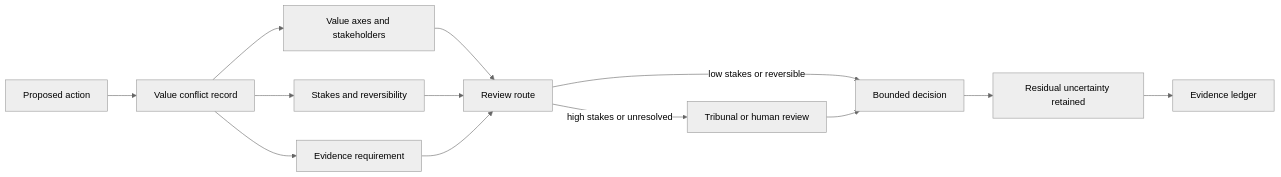
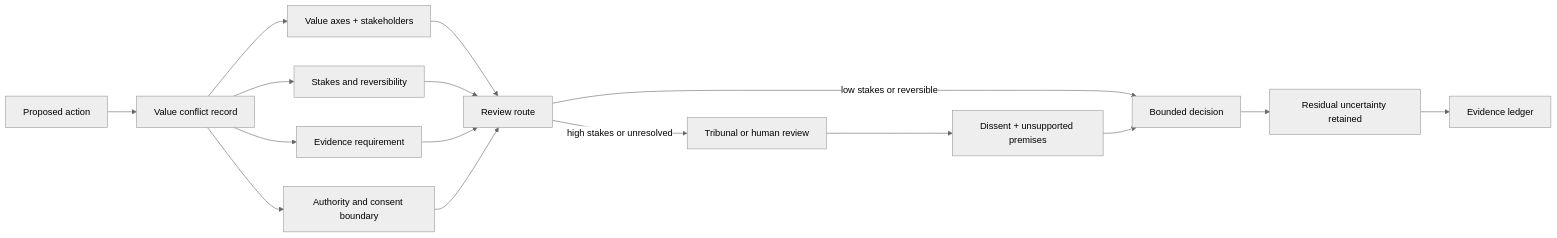
Before and after one commit to corbensorenson/asi-stack-book: the diagram in chapters/moral-uncertainty-and-value-conflict.qmd, drawn with Mermaid (neutral theme). The commit also changed other lines of this file and 6 other files, not shown here.

````diff
--- a/chapters/moral-uncertainty-and-value-conflict.qmd
+++ b/chapters/moral-uncertainty-and-value-conflict.qmd
@@ -92,15 +92,18 @@
 ```{mermaid}
 flowchart LR
   Action["Proposed action"] --> Conflict["Value conflict record"]
-  Conflict --> Axes["Value axes and stakeholders"]
+  Conflict --> Axes["Value axes + stakeholders"]
   Conflict --> Stakes["Stakes and reversibility"]
   Conflict --> EvidenceNeed["Evidence requirement"]
+  Conflict --> Authority["Authority and consent boundary"]
   Axes --> Route["Review route"]
   Stakes --> Route
   EvidenceNeed --> Route
+  Authority --> Route
   Route -->|low stakes or reversible| Bounded["Bounded decision"]
   Route -->|high stakes or unresolved| Review["Tribunal or human review"]
-  Review --> Bounded
+  Review --> Dissent["Dissent + unsupported premises"]
+  Dissent --> Bounded
   Bounded --> Residual["Residual uncertainty retained"]
   Residual --> Evidence["Evidence ledger"]
 ```
````
